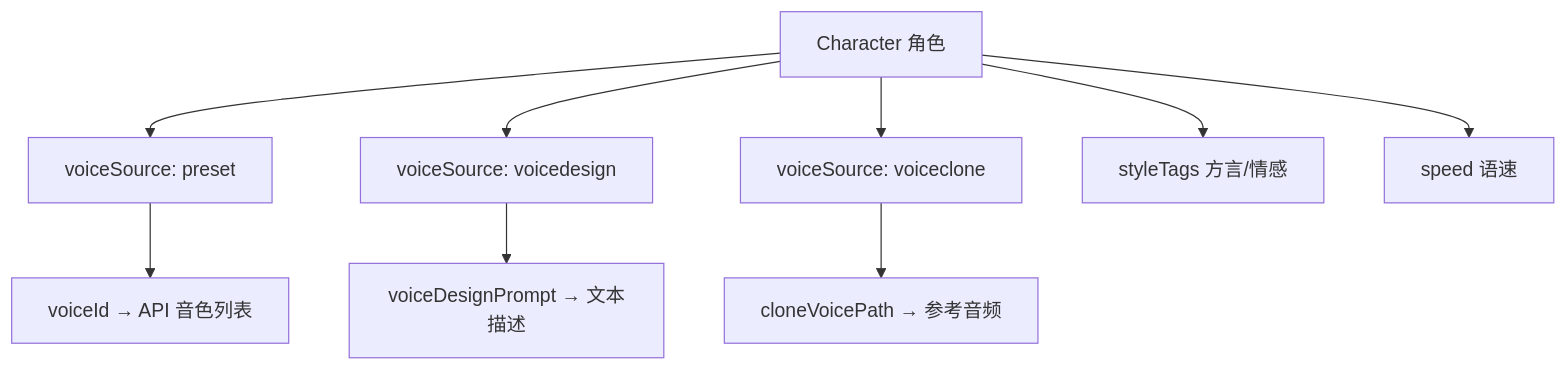
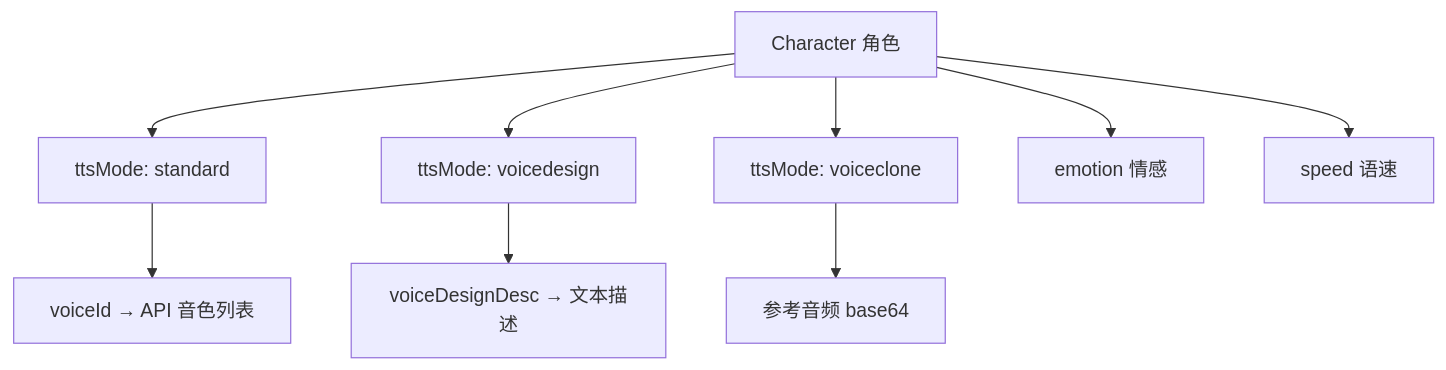
The diagram in source/_posts/tts-tool/多角色音色管理.md (July-X/izzy.github.io), drawn with Mermaid before and after one commit. The commit also changed other lines of this file, not shown here.

```diff
--- a/source/_posts/tts-tool/多角色音色管理.md
+++ b/source/_posts/tts-tool/多角色音色管理.md
@@ -38,11 +33,11 @@
 {% mermaid %}
 graph TD
-    A["Character 角色"] --> B["voiceSource: preset"]
-    A --> C["voiceSource: voicedesign"]
-    A --> D["voiceSource: voiceclone"]
+    A["Character 角色"] --> B["ttsMode: standard"]
+    A --> C["ttsMode: voicedesign"]
+    A --> D["ttsMode: voiceclone"]
     B --> B1["voiceId → API 音色列表"]
-    C --> C1["voiceDesignPrompt → 文本描述"]
-    D --> D1["cloneVoicePath → 参考音频"]
-    A --> E["styleTags 方言/情感"]
+    C --> C1["voiceDesignDesc → 文本描述"]
+    D --> D1["参考音频 base64"]
+    A --> E["emotion 情感"]
     A --> F["speed 语速"]
 {% endmermaid %}
```
